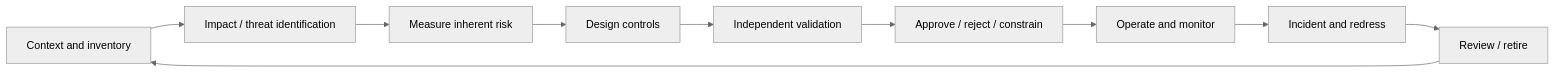
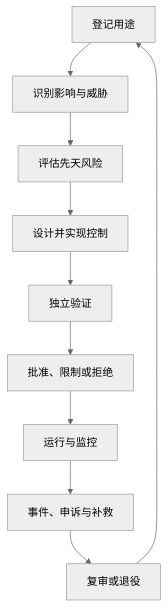
One commit to NightLemon/about-llm changed the second of 2 diagrams in docs/quality/governance-impact.md. Above: the diagram before and after it, drawn with Mermaid (neutral theme). The commit also changed other lines of this file and 2 other files, not shown here.

````diff
--- a/docs/quality/governance-impact.md
+++ b/docs/quality/governance-impact.md
@@ -41,12 +114,12 @@
 ```mermaid
-flowchart LR
-  C["Context and inventory"] --> I["Impact / threat identification"]
-  I --> M["Measure inherent risk"]
-  M --> D["Design controls"]
-  D --> V["Independent validation"]
-  V --> A["Approve / reject / constrain"]
-  A --> O["Operate and monitor"]
-  O --> E["Incident and redress"]
-  E --> R["Review / retire"]
+flowchart TD
+  C["登记用途"] --> I["识别影响与威胁"]
+  I --> M["评估先天风险"]
+  M --> D["设计并实现控制"]
+  D --> V["独立验证"]
+  V --> A["批准、限制或拒绝"]
+  A --> O["运行与监控"]
+  O --> E["事件、申诉与补救"]
+  E --> R["复审或退役"]
   R --> C
 ```
````
